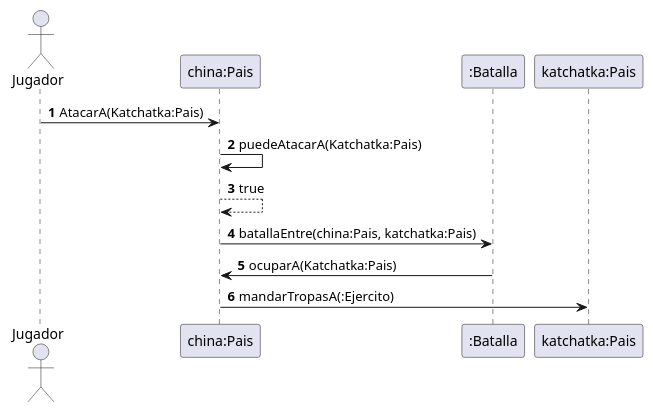
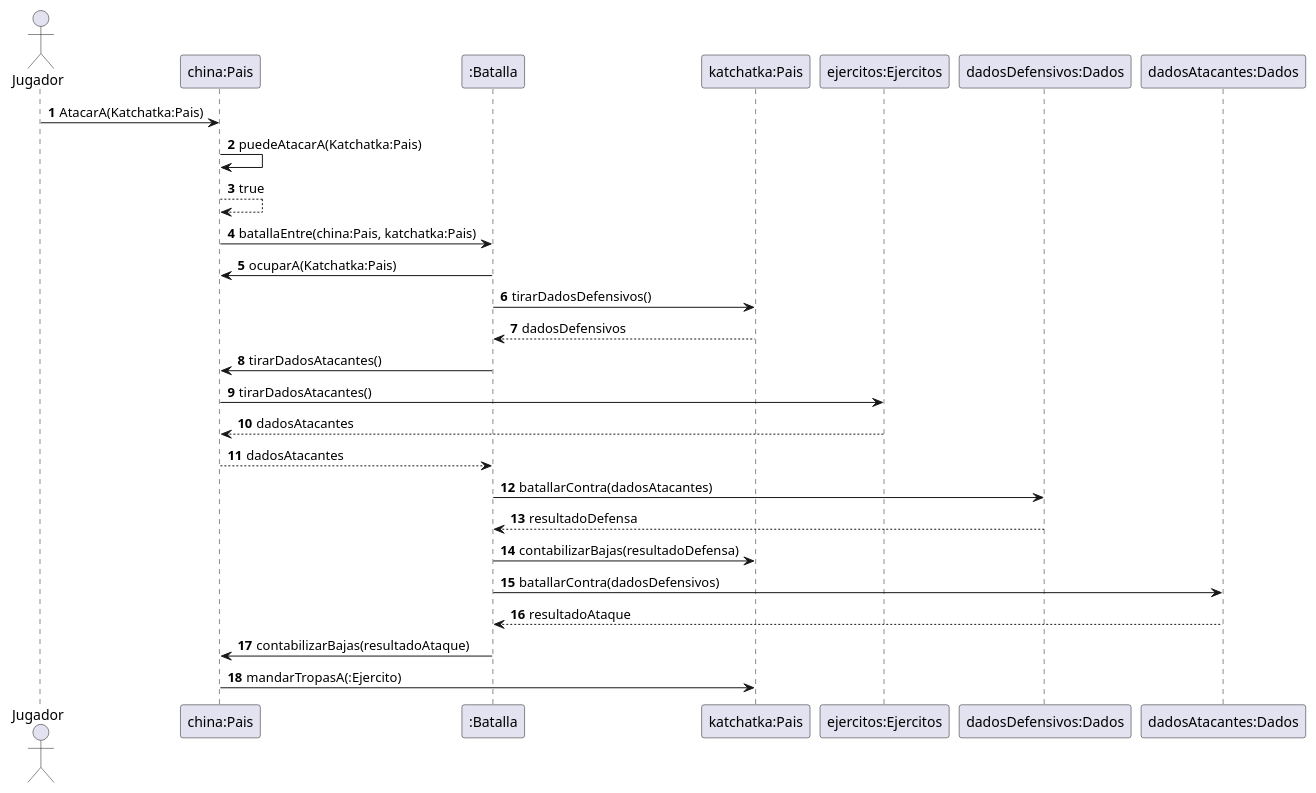
The diagram in AtaqueAOtroPais.puml (julia-valdo/Algoritmos-3.TP2), drawn with PlantUML before and after one commit.

Commit message:
index on axel: cfb751f Diagramas tentativas clase y secuencia

```diff
--- a/AtaqueAOtroPais.puml
+++ b/AtaqueAOtroPais.puml
@@ -1,19 +1,37 @@
 @startuml
 'https://plantuml.com/sequence-diagram
 
 autonumber
 'Gana Jugador 1'
 Actor Jugador
 
 Jugador -> "china:Pais": AtacarA(Katchatka:Pais)
 
 "china:Pais"-> "china:Pais": puedeAtacarA(Katchatka:Pais)
 return true
 
 "china:Pais" -> ":Batalla":batallaEntre(china:Pais, katchatka:Pais)
 
 ":Batalla" -> "china:Pais": ocuparA(Katchatka:Pais)
 
+":Batalla" -> "katchatka:Pais": tirarDadosDefensivos()
+return dadosDefensivos
+
+":Batalla" -> "china:Pais": tirarDadosAtacantes()
+    "china:Pais" -> "ejercitos:Ejercitos": tirarDadosAtacantes()
+    return dadosAtacantes
+"china:Pais" --> ":Batalla": dadosAtacantes
+
+":Batalla" -> "dadosDefensivos:Dados": batallarContra(dadosAtacantes)
+return resultadoDefensa
+
+":Batalla" -> "katchatka:Pais": contabilizarBajas(resultadoDefensa)
+
+":Batalla" -> "dadosAtacantes:Dados": batallarContra(dadosDefensivos)
+return resultadoAtaque
+
+":Batalla" -> "china:Pais": contabilizarBajas(resultadoAtaque)
+
 "china:Pais" -> "katchatka:Pais": mandarTropasA(:Ejercito)
 
 @enduml
```
